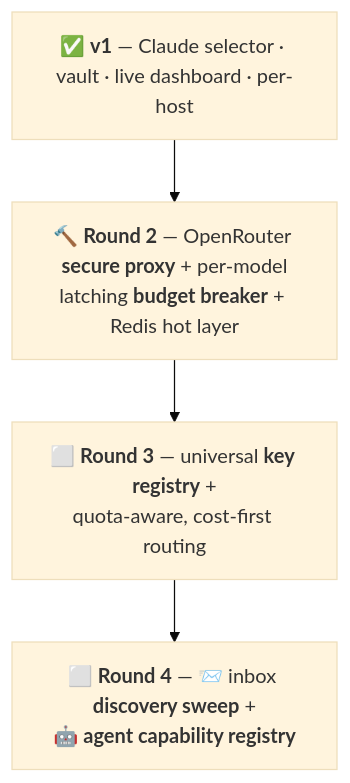
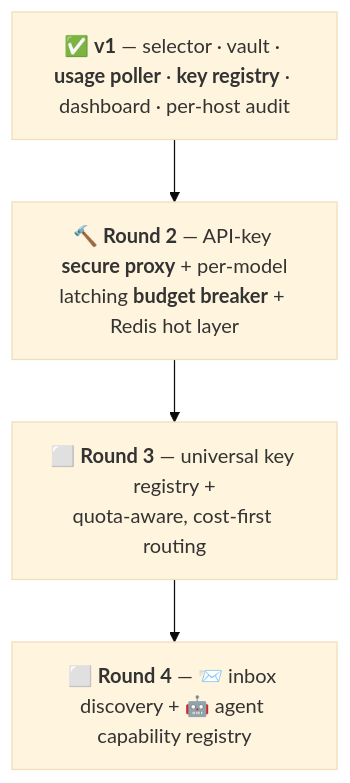
One commit to shoemoney/aigate changed the fifth of 5 diagrams in README.md. Above: the diagram before and after it, drawn with Mermaid (base theme). The commit also changed other lines of this file, not shown here.

Commit message:
docs: incredible README overhaul 📚✨ — compliance deep-dive + mermaid, usage poller & provider-key registry, prove-it-switches test, 💛 Theo/t3.gg shoutout

````diff
--- a/README.md
+++ b/README.md
@@ -227,7 +306,7 @@
 ```mermaid
 flowchart TD
-  v1["✅ <b>v1</b> — Claude selector · vault · live dashboard · per-host"] --> r2
-  r2["🔨 <b>Round 2</b> — OpenRouter <b>secure proxy</b> + per-model<br/>latching <b>budget breaker</b> + Redis hot layer"] --> r3
-  r3["⬜ <b>Round 3</b> — universal <b>key registry</b> +<br/>quota-aware, cost-first routing"] --> r4
-  r4["⬜ <b>Round 4</b> — 📨 inbox <b>discovery sweep</b> +<br/>🤖 <b>agent capability registry</b>"]
+  v1["✅ <b>v1</b> — selector · vault · <b>usage poller</b> · <b>key registry</b> · dashboard · per-host audit"] --> r2
+  r2["🔨 <b>Round 2</b> — API-key <b>secure proxy</b> + per-model<br/>latching <b>budget breaker</b> + Redis hot layer"] --> r3
+  r3["⬜ <b>Round 3</b> — universal key registry +<br/>quota-aware, cost-first routing"] --> r4
+  r4["⬜ <b>Round 4</b> — 📨 inbox discovery + 🤖 agent capability registry"]
 ```
````
